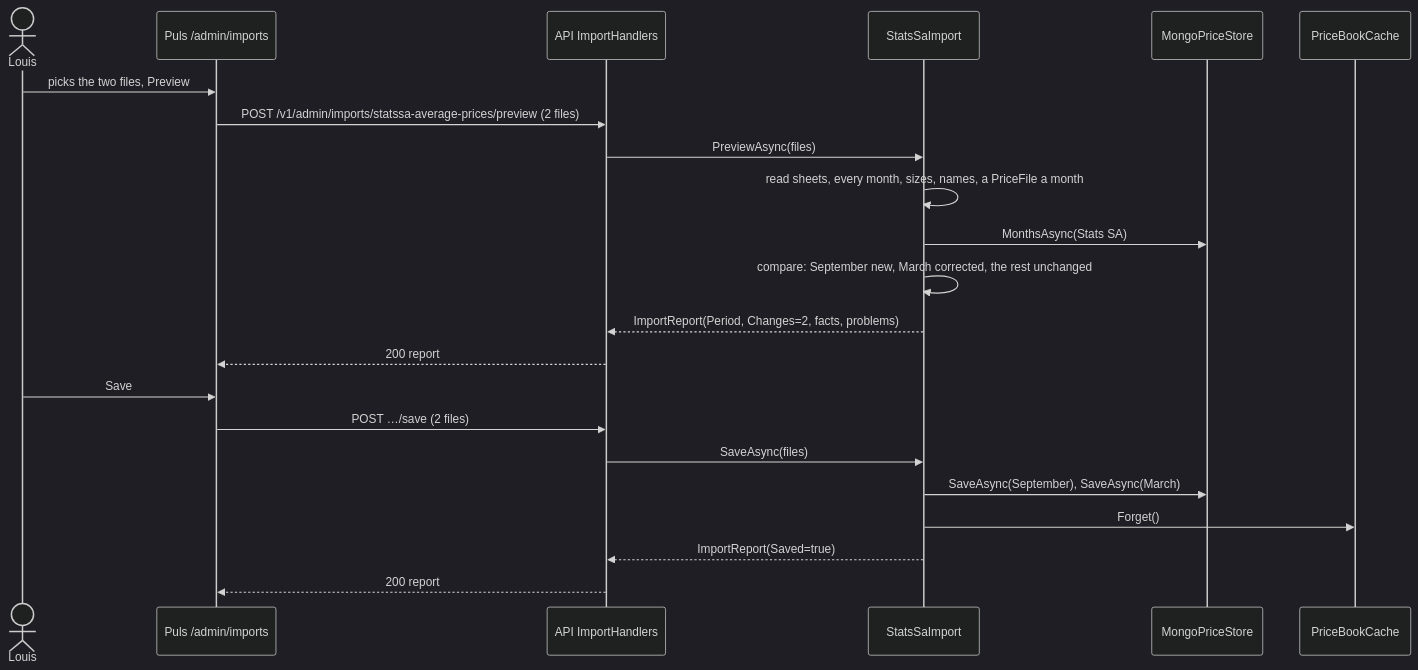
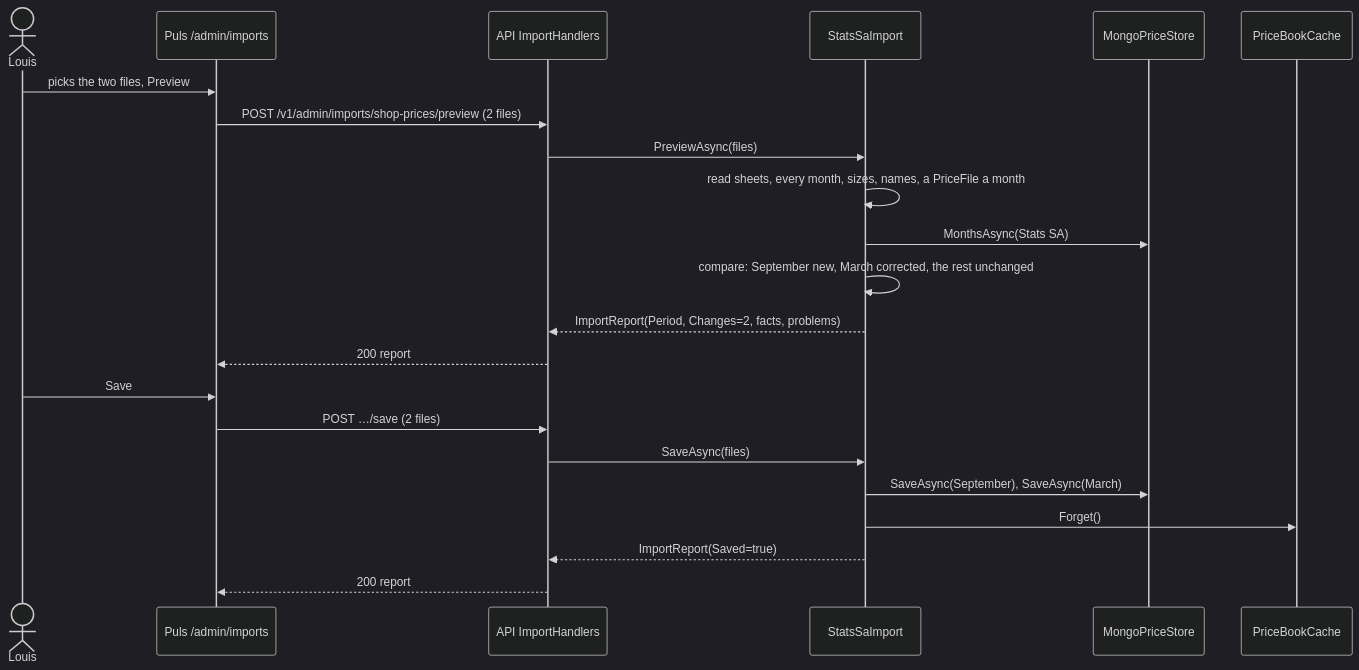
The third of 4 diagrams in docs/plans/F55-stats-sa-price-upload.md (bosbevk/louis-agent), drawn with Mermaid (dark theme) before and after one commit. The commit also changed other lines of this file and 16 other files, not shown here.

````diff
--- a/docs/plans/F55-stats-sa-price-upload.md
+++ b/docs/plans/F55-stats-sa-price-upload.md
@@ -152,24 +152,24 @@
 ```mermaid
 sequenceDiagram
     actor Louis
     participant Page as Puls /admin/imports
     participant Api as API ImportHandlers
     participant Imp as StatsSaImport
     participant Store as MongoPriceStore
     participant Cache as PriceBookCache
     Louis->>Page: picks the two files, Preview
-    Page->>Api: POST /v1/admin/imports/statssa-average-prices/preview (2 files)
+    Page->>Api: POST /v1/admin/imports/shop-prices/preview (2 files)
     Api->>Imp: PreviewAsync(files)
     Imp->>Imp: read sheets, every month, sizes, names, a PriceFile a month
     Imp->>Store: MonthsAsync(Stats SA)
     Imp->>Imp: compare: September new, March corrected, the rest unchanged
     Imp-->>Api: ImportReport(Period, Changes=2, facts, problems)
     Api-->>Page: 200 report
     Louis->>Page: Save
     Page->>Api: POST …/save (2 files)
     Api->>Imp: SaveAsync(files)
     Imp->>Store: SaveAsync(September), SaveAsync(March)
     Imp->>Cache: Forget()
     Imp-->>Api: ImportReport(Saved=true)
     Api-->>Page: 200 report
 ```
````
